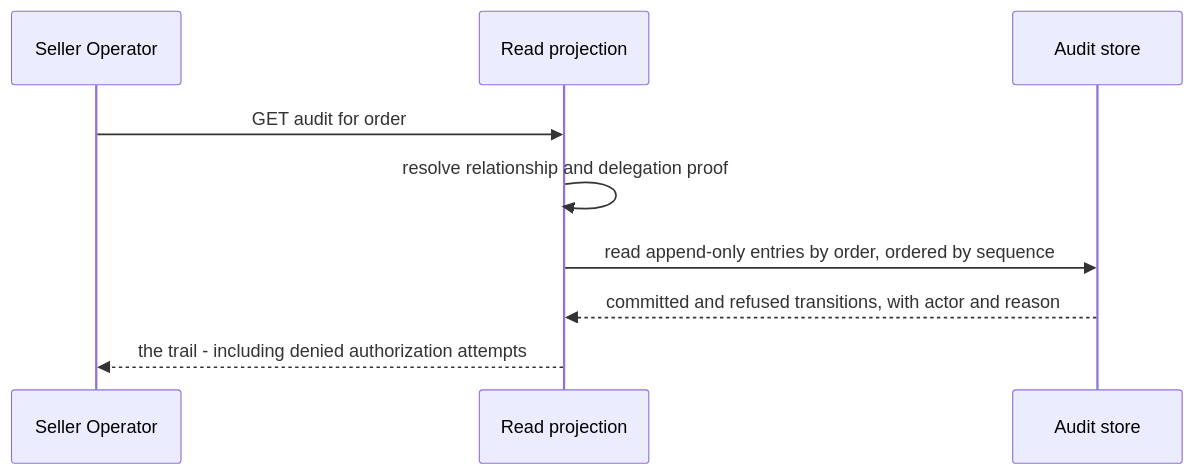
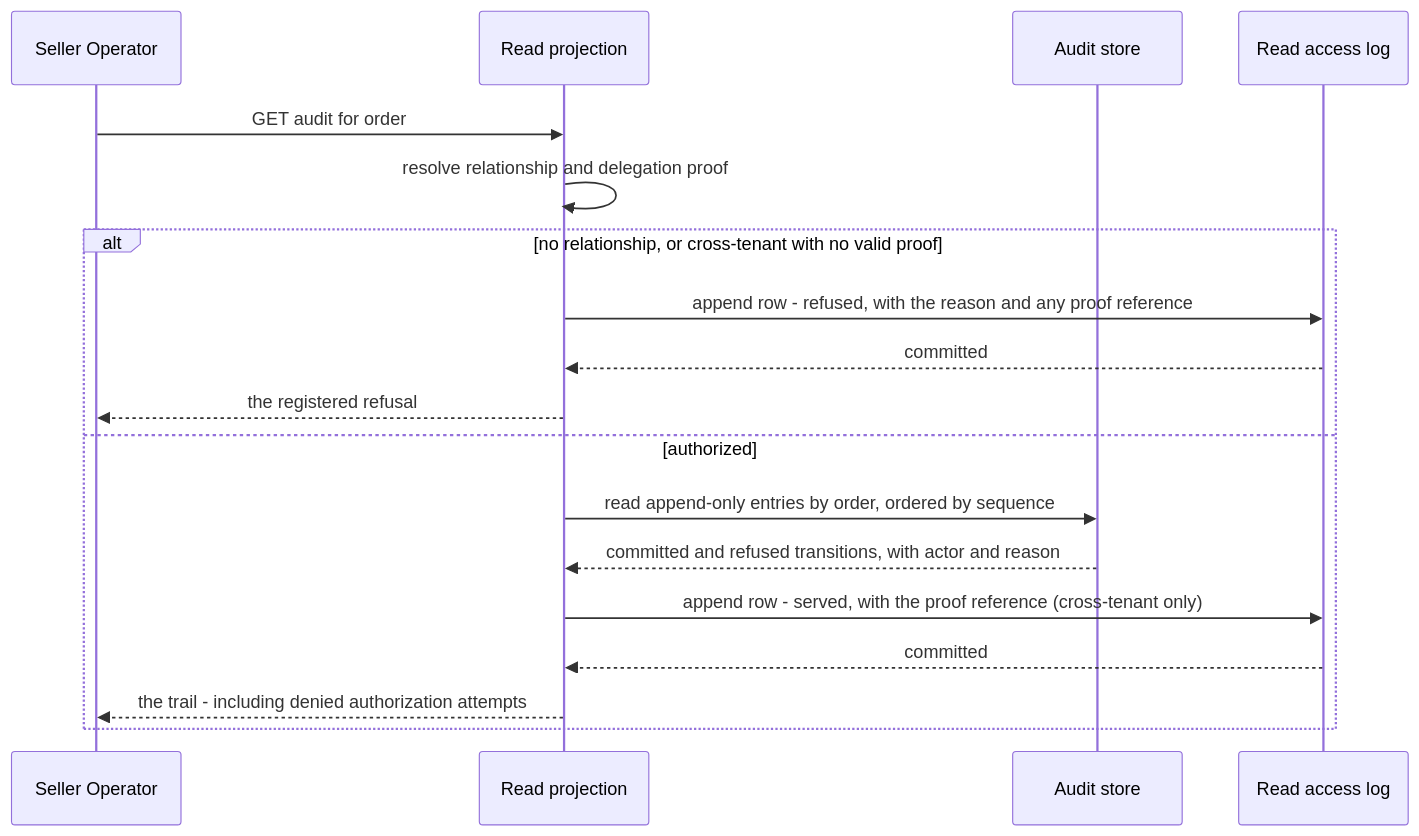
Before and after one commit to constructorfabric/cyberware-rust: the diagram in gears/bss/orders-lifecycle/docs/design/08-read-and-authz.md, drawn with Mermaid. The commit also changed other lines of this file and 17 other files, not shown here.

````diff
--- a/gears/bss/orders-lifecycle/docs/design/08-read-and-authz.md
+++ b/gears/bss/orders-lifecycle/docs/design/08-read-and-authz.md
@@ -398,11 +427,20 @@
 ```mermaid
 sequenceDiagram
     participant O as Seller Operator
     participant R as Read projection
     participant A as Audit store
+    participant L as Read access log
     O ->> R: GET audit for order
     R ->> R: resolve relationship and delegation proof
-    R ->> A: read append-only entries by order, ordered by sequence
-    A -->> R: committed and refused transitions, with actor and reason
-    R -->> O: the trail - including denied authorization attempts
+    alt no relationship, or cross-tenant with no valid proof
+        R ->> L: append row - refused, with the reason and any proof reference
+        L -->> R: committed
+        R -->> O: the registered refusal
+    else authorized
+        R ->> A: read append-only entries by order, ordered by sequence
+        A -->> R: committed and refused transitions, with actor and reason
+        R ->> L: append row - served, with the proof reference (cross-tenant only)
+        L -->> R: committed
+        R -->> O: the trail - including denied authorization attempts
+    end
 ```
````
